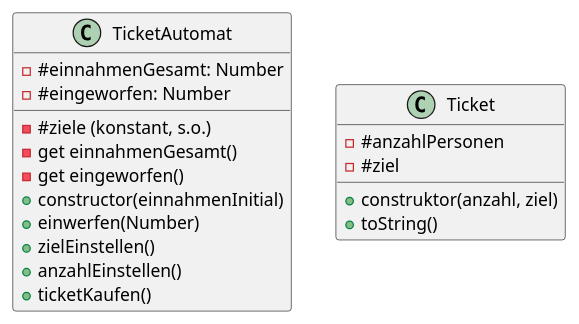
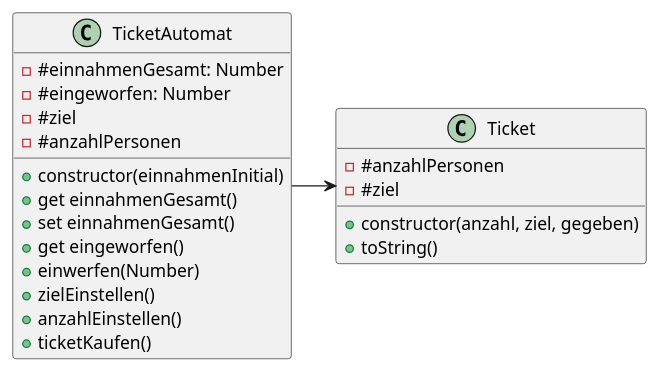
Before and after one commit to HEI240108/GRG-SWP: the diagram in 3HWII_PLF3_Ticketautomat/README.md, drawn with PlantUML. The commit also changed other lines of this file and 1 other file, not shown here.

````diff
--- a/3HWII_PLF3_Ticketautomat/README.md
+++ b/3HWII_PLF3_Ticketautomat/README.md
@@ -26,20 +27,23 @@
 ```plantuml
 class TicketAutomat {
 - #einnahmenGesamt: Number
 - #eingeworfen: Number
-- #ziele (konstant, s.o.)
-- get einnahmenGesamt()
-- get eingeworfen()
+- #ziel
+- #anzahlPersonen
 + constructor(einnahmenInitial)
++ get einnahmenGesamt()
++ set einnahmenGesamt()
++ get eingeworfen()
 + einwerfen(Number)
 + zielEinstellen()
 + anzahlEinstellen()
 + ticketKaufen()
 }
 class Ticket {
 - #anzahlPersonen
 - #ziel
-+ construktor(anzahl, ziel)
++ constructor(anzahl, ziel, gegeben)
 + toString()
 }
+TicketAutomat -> Ticket
 ```
````
